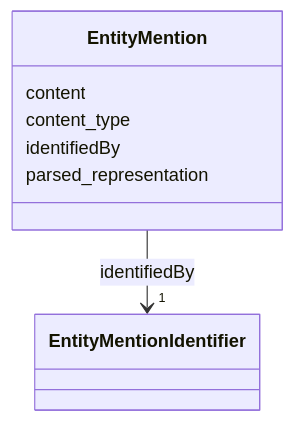
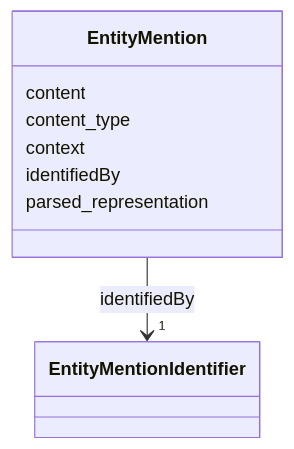
The diagram in docs/schema/EntityMention.md (OP-TED/entity-resolution-spec), drawn with Mermaid before and after one commit. The commit also changed other lines of this file and 13 other files, not shown here.

Commit message:
add context field to EntityMention class

````diff
--- a/docs/schema/EntityMention.md
+++ b/docs/schema/EntityMention.md
@@ -22,23 +22,25 @@
 ```mermaid
  classDiagram
     class EntityMention
     click EntityMention href "../EntityMention/"
       EntityMention : content
         
       EntityMention : content_type
+        
+      EntityMention : context
         
       EntityMention : identifiedBy
         
           
     
         
         
         EntityMention --> "1" EntityMentionIdentifier : identifiedBy
         click EntityMentionIdentifier href "../EntityMentionIdentifier/"
     
 
         
       EntityMention : parsed_representation
         
       
 ```
````
